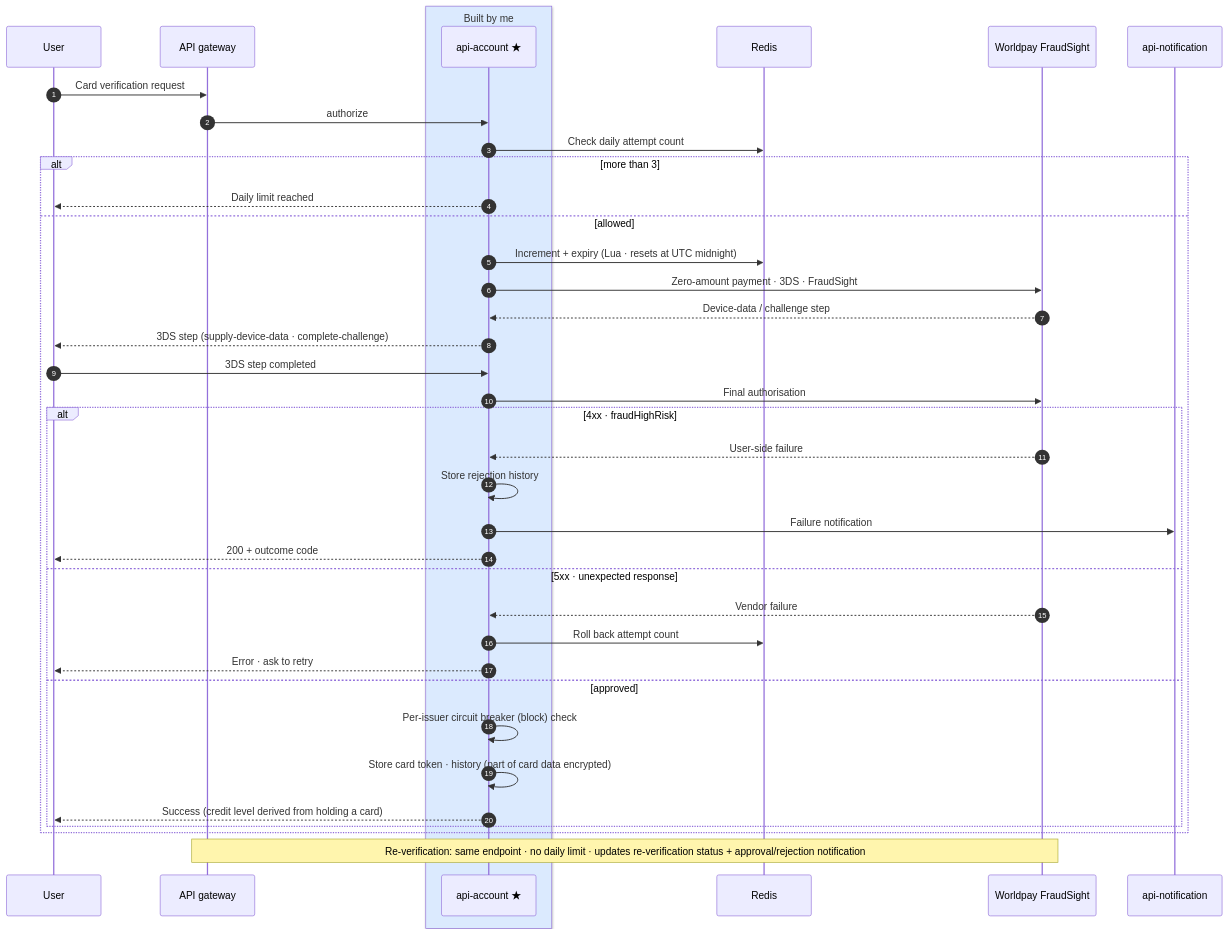
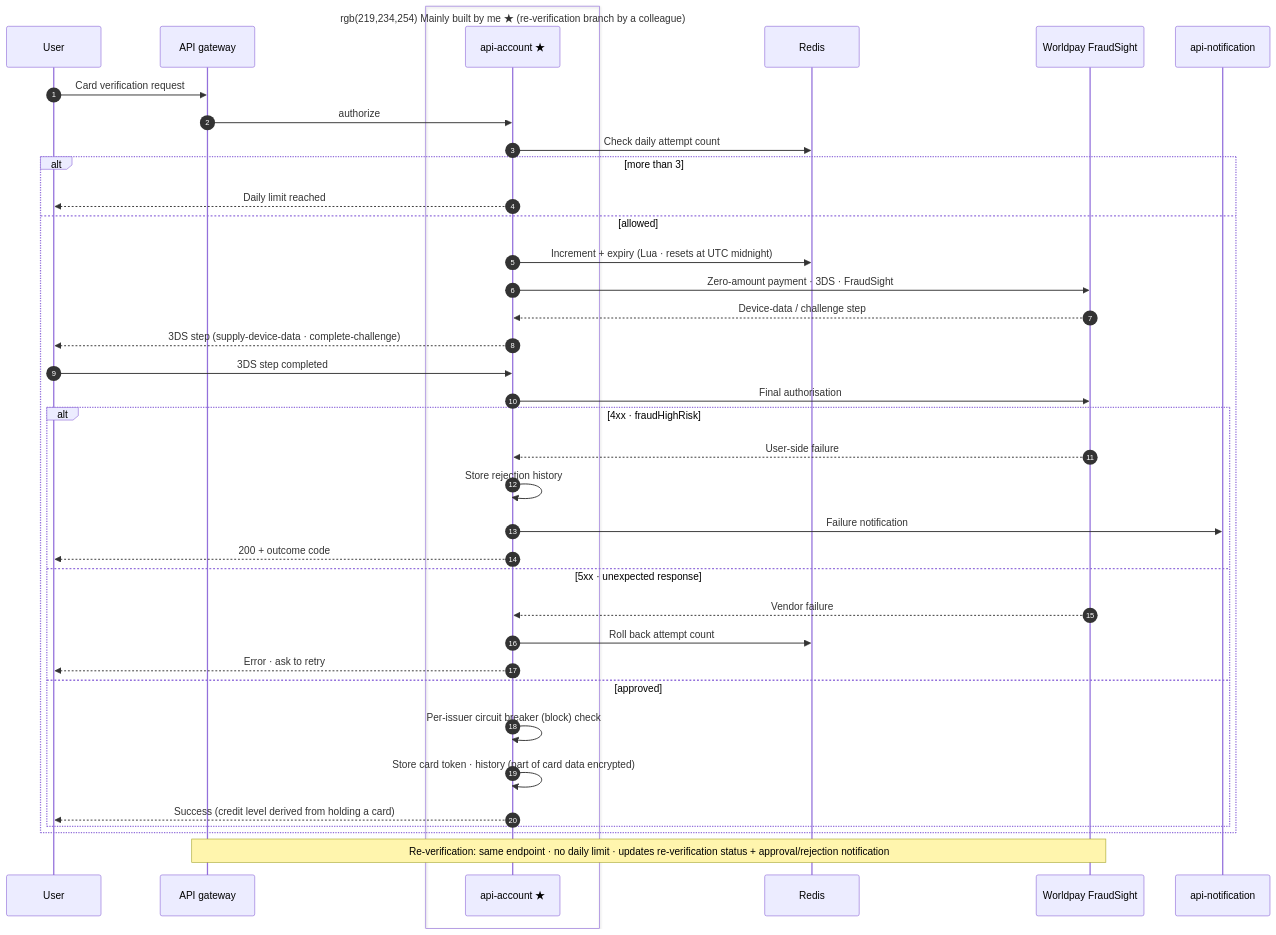
The diagram in content/diagrams/creditcard.en.mmd (shalwxy/career), drawn with Mermaid before and after one commit. The commit also changed 18 other files, not shown here.

```diff
--- a/content/diagrams/creditcard.en.mmd
+++ b/content/diagrams/creditcard.en.mmd
@@ -1,39 +1,39 @@
 %% title: Card verification · re-verification — Worldpay 3DS
 sequenceDiagram
     autonumber
     participant U as User
     participant GW as API gateway
-    box rgb(219,234,254) Built by me
+    box rgb(219,234,254) Mainly built by me ★ (re-verification branch by a colleague)
     participant A as api-account ★
     end
     participant R as Redis
     participant W as Worldpay FraudSight
     participant N as api-notification
     U->>GW: Card verification request
     GW->>A: authorize
     A->>R: Check daily attempt count
     alt more than 3
         A-->>U: Daily limit reached
     else allowed
         A->>R: Increment + expiry (Lua · resets at UTC midnight)
         A->>W: Zero-amount payment · 3DS · FraudSight
         W-->>A: Device-data / challenge step
         A-->>U: 3DS step (supply-device-data · complete-challenge)
         U->>A: 3DS step completed
         A->>W: Final authorisation
         alt 4xx · fraudHighRisk
             W-->>A: User-side failure
             A->>A: Store rejection history
             A->>N: Failure notification
             A-->>U: 200 + outcome code
         else 5xx · unexpected response
             W-->>A: Vendor failure
             A->>R: Roll back attempt count
             A-->>U: Error · ask to retry
         else approved
             A->>A: Per-issuer circuit breaker (block) check
             A->>A: Store card token · history (part of card data encrypted)
             A-->>U: Success (credit level derived from holding a card)
         end
     end
     note over GW,W: Re-verification: same endpoint · no daily limit · updates re-verification status + approval/rejection notification
```
